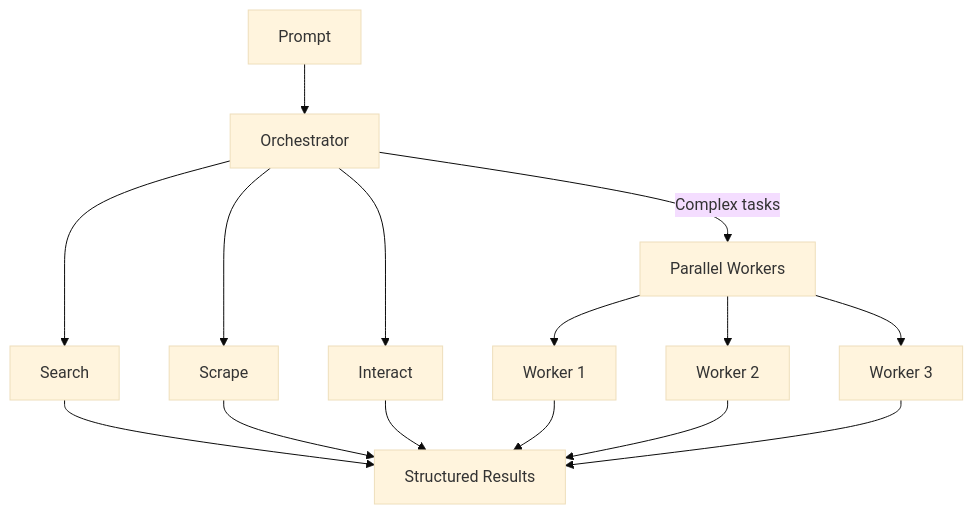
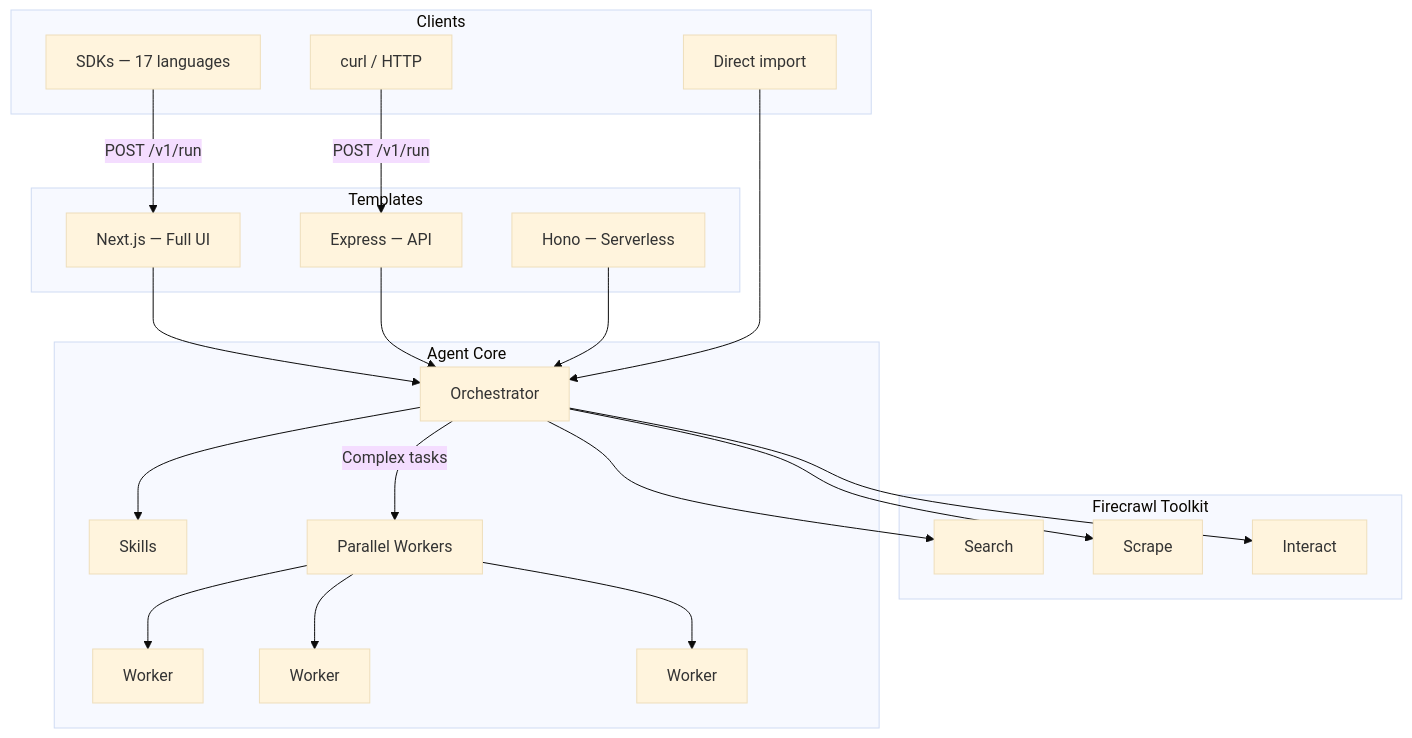
The diagram in README.md (AliceBowRyhl/web-agent), drawn with Mermaid (base theme) before and after one commit. The commit also changed other lines of this file, not shown here.

Commit message:
rework README: two get-started paths, full architecture diagram, template table

````diff
--- a/README.md
+++ b/README.md
@@ -36,17 +50,40 @@
 ```mermaid
 graph TD
-    A[Prompt] --> B[Orchestrator]
-    B --> C[Search]
-    B --> D[Scrape]
-    B --> E[Interact]
-    B -->|Complex tasks| F[Parallel Workers]
-    F --> G[Worker 1]
-    F --> H[Worker 2]
-    F --> I[Worker 3]
-    C --> J[Structured Results]
-    D --> J
-    E --> J
-    G --> J
-    H --> J
-    I --> J
+    subgraph "Firecrawl Toolkit"
+        SEARCH[Search]
+        SCRAPE[Scrape]
+        INTERACT[Interact]
+    end
+
+    subgraph "Agent Core"
+        ORC[Orchestrator]
+        ORC --> SEARCH
+        ORC --> SCRAPE
+        ORC --> INTERACT
+        ORC --> SKILLS[Skills]
+        ORC -->|Complex tasks| WORKERS[Parallel Workers]
+        WORKERS --> W1[Worker]
+        WORKERS --> W2[Worker]
+        WORKERS --> W3[Worker]
+    end
+
+    subgraph "Templates"
+        NEXT["Next.js — Full UI"]
+        EXPRESS["Express — API"]
+        HONO["Hono — Serverless"]
+    end
+
+    NEXT --> ORC
+    EXPRESS --> ORC
+    HONO --> ORC
+
+    subgraph "Clients"
+        SDK["SDKs — 17 languages"]
+        CURL["curl / HTTP"]
+        LIB["Direct import"]
+    end
+
+    SDK -->|"POST /v1/run"| NEXT
+    CURL -->|"POST /v1/run"| EXPRESS
+    LIB --> ORC
 ```
````
